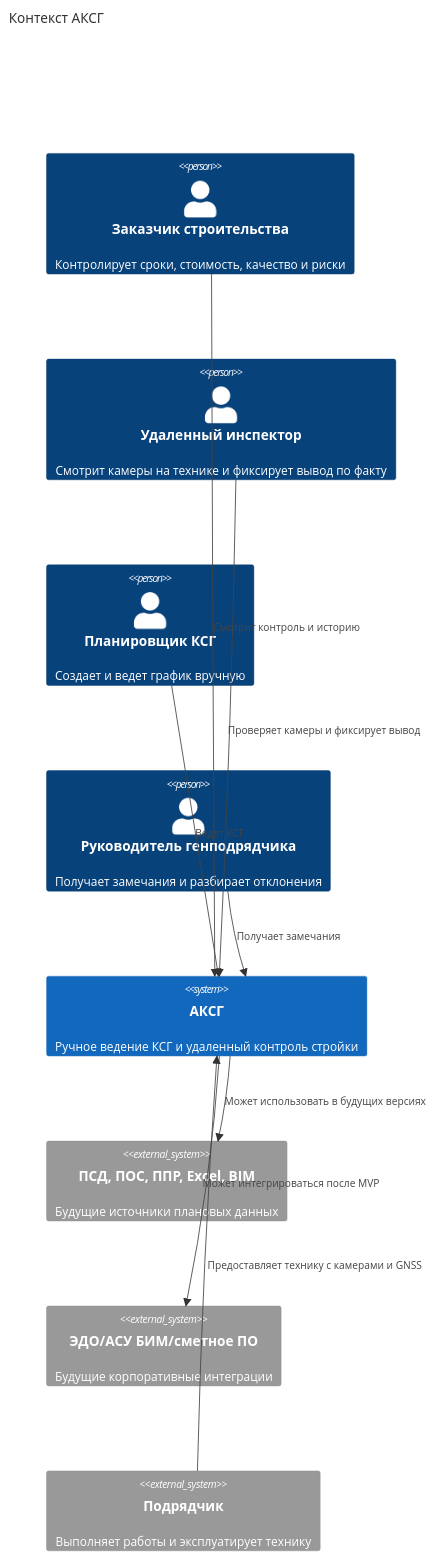
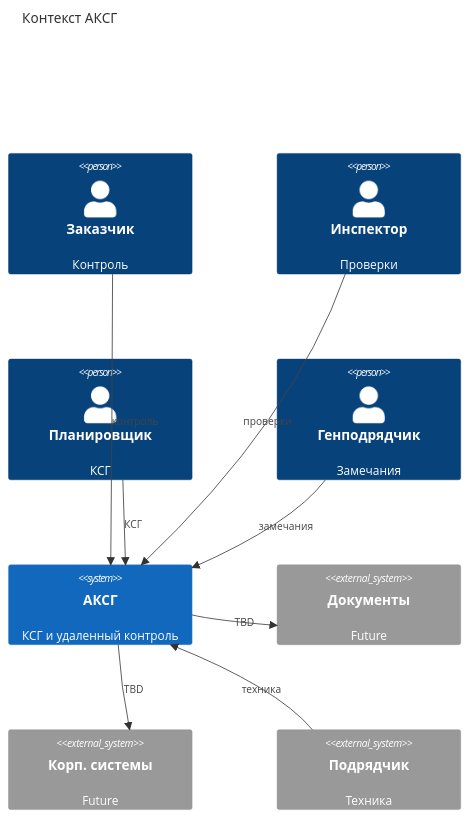
Before and after one commit to s21dlemanskiy/course-work: the diagram in 02-контекст-и-границы.md, drawn with Mermaid. The commit also changed 2 other files, not shown here.

Commit message:
C4 diagram fix

````diff
--- a/02-контекст-и-границы.md
+++ b/02-контекст-и-границы.md
@@ -17,25 +17,25 @@
 ```mermaid
 C4Context
     title Контекст АКСГ
 
-    Person(customer, "Заказчик строительства", "Контролирует сроки, стоимость, качество и риски")
-    Person(remoteInspector, "Удаленный инспектор", "Смотрит камеры на технике и фиксирует вывод по факту")
-    Person(planner, "Планировщик КСГ", "Создает и ведет график вручную")
-    Person(contractorPm, "Руководитель генподрядчика", "Получает замечания и разбирает отклонения")
+    Person(customer, "Заказчик", "Контроль")
+    Person(remoteInspector, "Инспектор", "Проверки")
+    Person(planner, "Планировщик", "КСГ")
+    Person(contractorPm, "Генподрядчик", "Замечания")
 
-    System(aksg, "АКСГ", "Ручное ведение КСГ и удаленный контроль стройки")
+    System(aksg, "АКСГ", "КСГ и удаленный контроль")
 
-    System_Ext(docs, "ПСД, ПОС, ППР, Excel, BIM", "Будущие источники плановых данных")
-    System_Ext(corp, "ЭДО/АСУ БИМ/сметное ПО", "Будущие корпоративные интеграции")
-    System_Ext(contractor, "Подрядчик", "Выполняет работы и эксплуатирует технику")
+    System_Ext(docs, "Документы", "Future")
+    System_Ext(corp, "Корп. системы", "Future")
+    System_Ext(contractor, "Подрядчик", "Техника")
 
-    Rel(planner, aksg, "Ведет КСГ")
-    Rel(remoteInspector, aksg, "Проверяет камеры и фиксирует вывод")
-    Rel(customer, aksg, "Смотрит контроль и историю")
-    Rel(contractorPm, aksg, "Получает замечания")
-    Rel(aksg, docs, "Может использовать в будущих версиях")
-    Rel(aksg, corp, "Может интегрироваться после MVP")
-    Rel(contractor, aksg, "Предоставляет технику с камерами и GNSS")
+    Rel(planner, aksg, "КСГ")
+    Rel(remoteInspector, aksg, "проверки")
+    Rel(customer, aksg, "контроль")
+    Rel(contractorPm, aksg, "замечания")
+    Rel(contractor, aksg, "техника")
+    Rel(aksg, docs, "TBD")
+    Rel(aksg, corp, "TBD")
 
-    UpdateLayoutConfig($c4ShapeInRow="2", $c4BoundaryInRow="1")
+    UpdateLayoutConfig($c4ShapeInRow="3", $c4BoundaryInRow="1")
 ```
````
